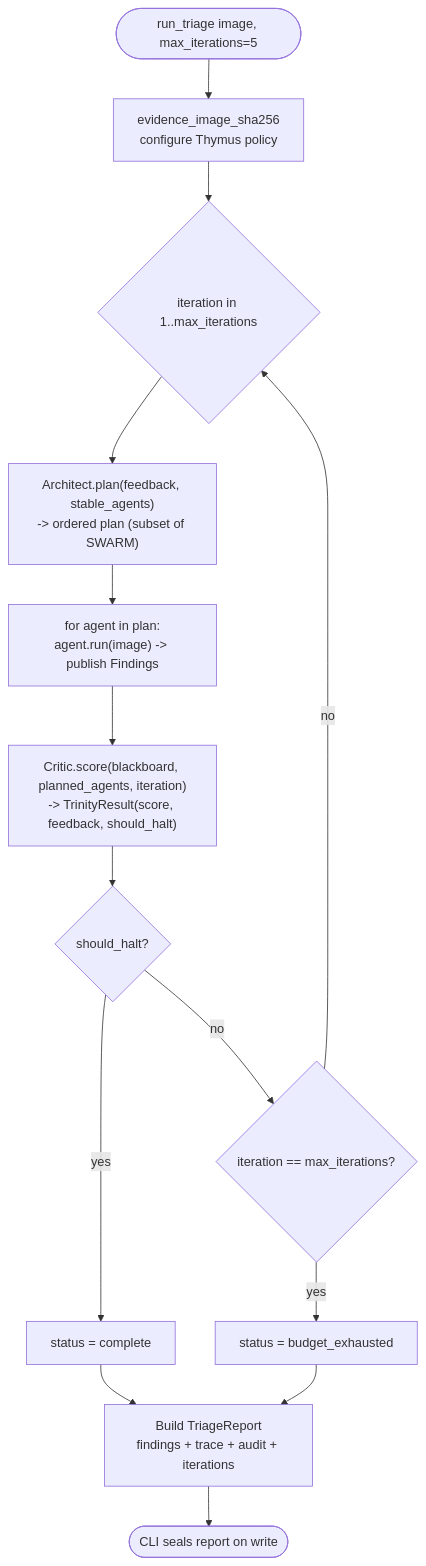
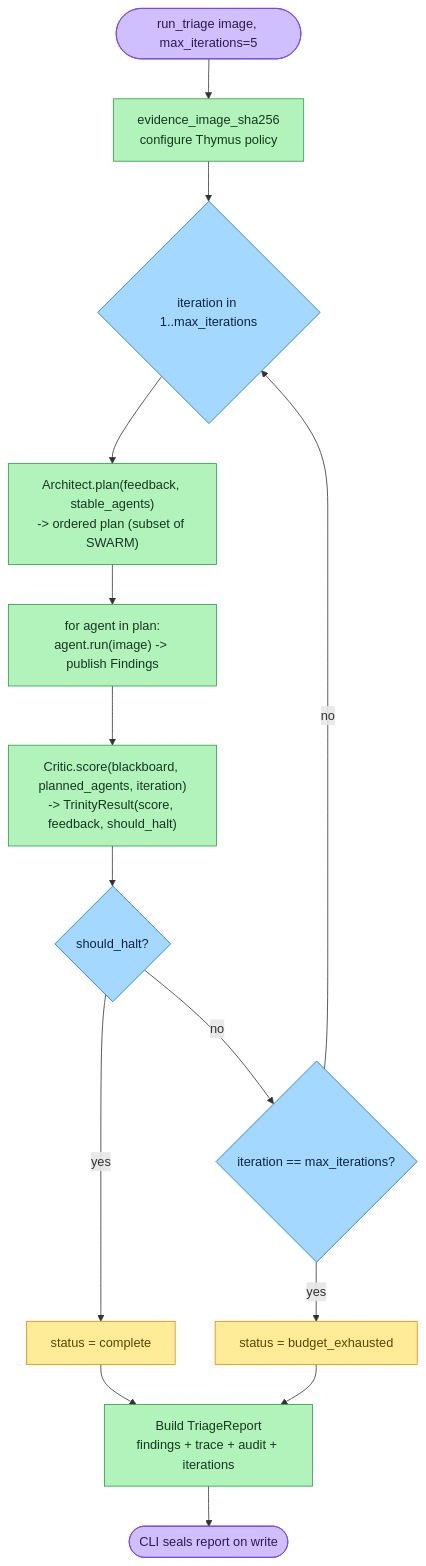
The first of 2 diagrams in docs/02-architecture/trinity-loop.md (galvangabriel-web/agentropix-mcp), drawn with Mermaid before and after one commit. The commit also changed other lines of this file and 20 other files, not shown here.

First line of the commit message:
Diagram readability pass (workflow): redesign diagrams for size/clarity + audit log

````diff
--- a/docs/02-architecture/trinity-loop.md
+++ b/docs/02-architecture/trinity-loop.md
@@ -18,16 +18,26 @@
 ```mermaid
 graph TD
     Start([run_triage image, max_iterations=5]) --> Hash[evidence_image_sha256<br/>configure Thymus policy]
     Hash --> Iter{"iteration in 1..max_iterations"}
     Iter --> Plan["Architect.plan(feedback, stable_agents)<br/>-> ordered plan (subset of SWARM)"]
     Plan --> Run["for agent in plan:<br/>agent.run(image) -> publish Findings"]
     Run --> Score["Critic.score(blackboard, planned_agents, iteration)<br/>-> TrinityResult(score, feedback, should_halt)"]
     Score --> Halt{should_halt?}
     Halt -- "yes" --> Done["status = complete"]
     Halt -- "no" --> Budget{"iteration == max_iterations?"}
     Budget -- "yes" --> Exhausted["status = budget_exhausted"]
     Budget -- "no" --> Iter
     Done --> Report[Build TriageReport<br/>findings + trace + audit + iterations]
     Exhausted --> Report
     Report --> Seal([CLI seals report on write])
+
+    classDef actor fill:#d0bfff,stroke:#7048e8,color:#2b1a52
+    classDef api fill:#a5d8ff,stroke:#1971c2,color:#0b2545
+    classDef core fill:#b2f2bb,stroke:#2f9e44,color:#15391f
+    classDef sink fill:#ffec99,stroke:#f08c00,color:#5c4400
+
+    class Start,Seal actor
+    class Iter,Halt,Budget api
+    class Hash,Plan,Run,Score,Report core
+    class Done,Exhausted sink
 ```
````
